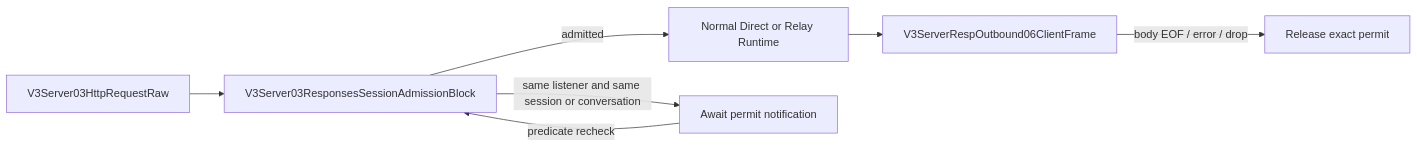
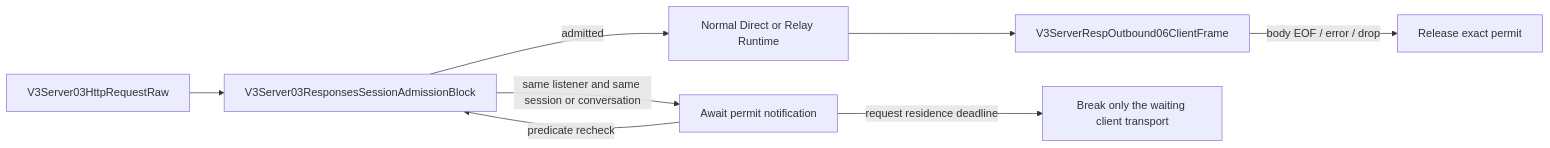
One commit to Jasonzhangf/routecodex changed the diagram in docs/architecture/wiki/v3-responses-session-admission.md. Above: the diagram before and after it, drawn with Mermaid. The commit also changed other lines of this file and 11 other files, not shown here.

````diff
--- a/docs/architecture/wiki/v3-responses-session-admission.md
+++ b/docs/architecture/wiki/v3-responses-session-admission.md
@@ -13,9 +13,10 @@
 ```mermaid
 flowchart LR
   R[V3Server03HttpRequestRaw] --> A[V3Server03ResponsesSessionAdmissionBlock]
   A -->|admitted| P[Normal Direct or Relay Runtime]
   P --> O[V3ServerRespOutbound06ClientFrame]
   O -->|body EOF / error / drop| X[Release exact permit]
   A -->|same listener and same session or conversation| W[Await permit notification]
   W -->|predicate recheck| A
+  W -->|request residence deadline| T[Break only the waiting client transport]
 ```
````
